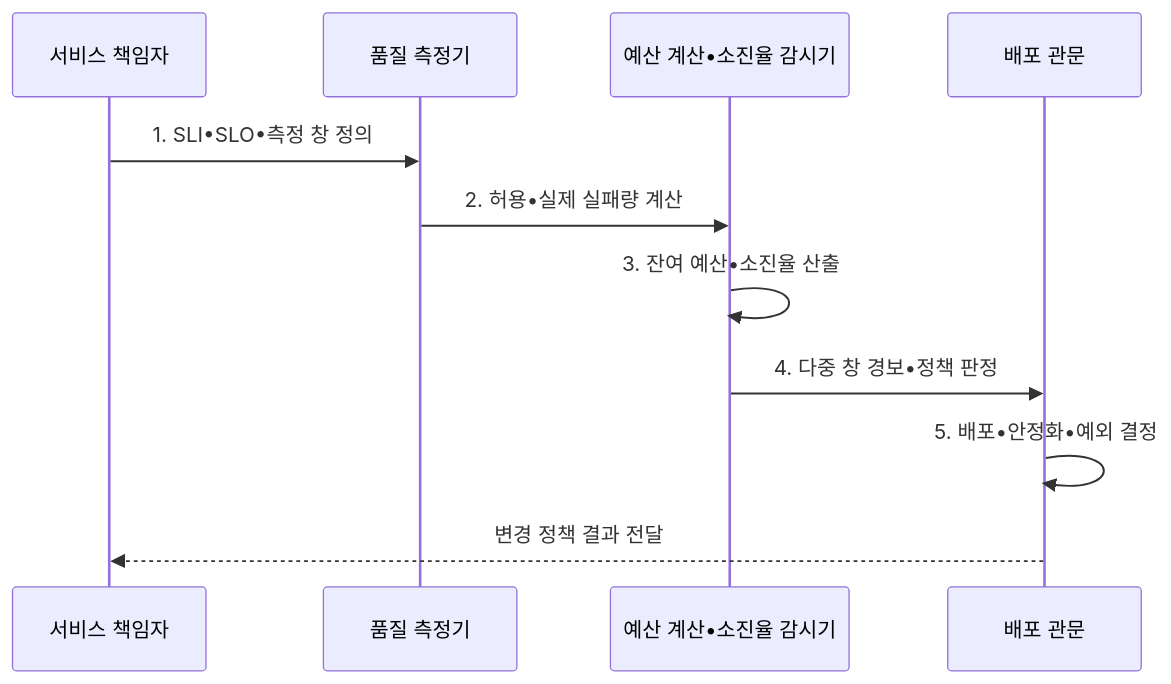
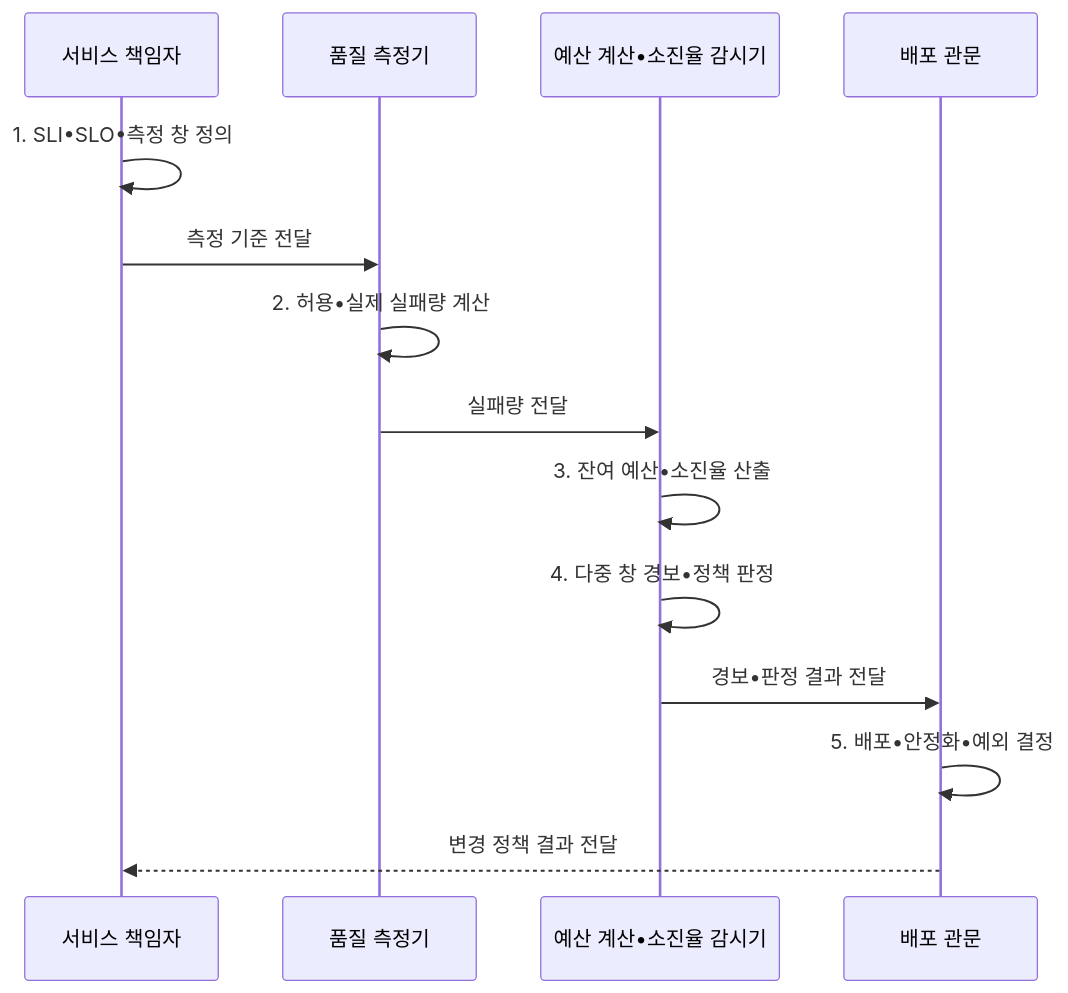
One commit to agnusdei1207/knowledge-base changed the second of 2 diagrams in src/content/docs/notes/06-evaluation/016_error_budget.md. Above: the diagram before and after it, drawn with Mermaid. The commit also changed other lines of this file and 20 other files, not shown here.

````diff
--- a/src/content/docs/notes/06-evaluation/016_error_budget.md
+++ b/src/content/docs/notes/06-evaluation/016_error_budget.md
@@ -102,13 +102,16 @@
 ```mermaid
 sequenceDiagram
   participant O as 서비스 책임자
   participant M as 품질 측정기
-    participant B as 예산 계산•소진율 감시기
+  participant B as 예산 계산•소진율 감시기
   participant G as 배포 관문
-  O->>M: 1. SLI•SLO•측정 창 정의
-  M->>B: 2. 허용•실제 실패량 계산
-    B->>B: 3. 잔여 예산•소진율 산출
-    B->>G: 4. 다중 창 경보•정책 판정
+  O->>O: 1. SLI•SLO•측정 창 정의
+  O->>M: 측정 기준 전달
+  M->>M: 2. 허용•실제 실패량 계산
+  M->>B: 실패량 전달
+  B->>B: 3. 잔여 예산•소진율 산출
+  B->>B: 4. 다중 창 경보•정책 판정
+  B->>G: 경보•판정 결과 전달
   G->>G: 5. 배포•안정화•예외 결정
   G-->>O: 변경 정책 결과 전달
 ```
````
